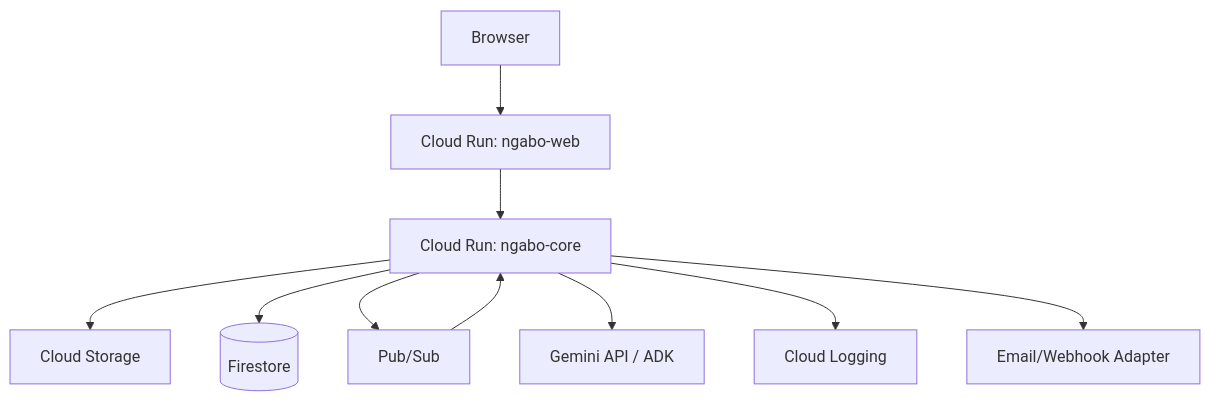
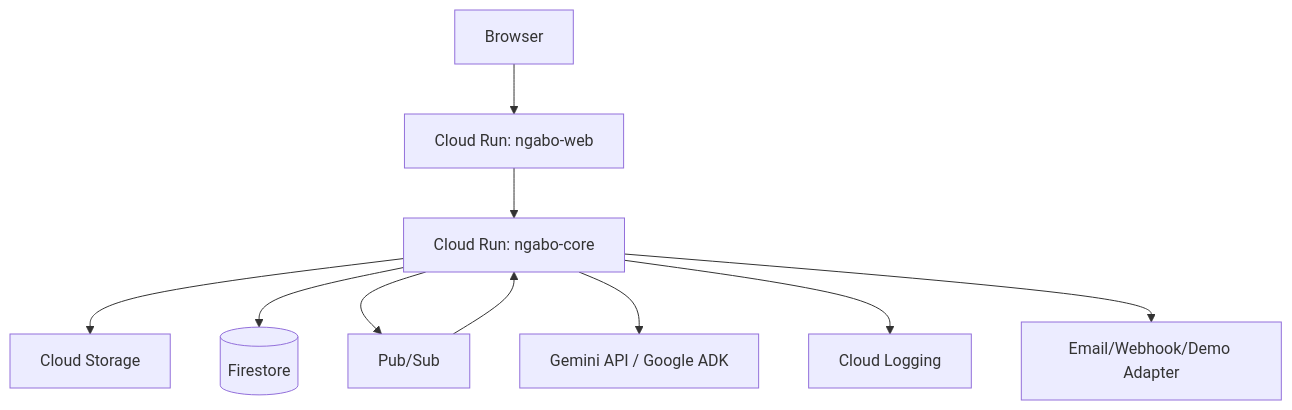
One commit to ronnielutaro/Ngabo-AMR-Surveillance changed the third of 8 diagrams in docs/SYSTEM_DESIGN.md. Above: the diagram before and after it, drawn with Mermaid. The commit also changed other lines of this file, not shown here.

Commit message:
docs(architecture): apply clean architecture to system design

````diff
--- a/docs/SYSTEM_DESIGN.md
+++ b/docs/SYSTEM_DESIGN.md
@@ -43,12 +125,12 @@
 ```mermaid
 flowchart TD
     Browser --> Web[Cloud Run: ngabo-web]
     Web --> Core[Cloud Run: ngabo-core]
     Core --> GCS[Cloud Storage]
     Core --> DB[(Firestore)]
     Core --> PS[Pub/Sub]
     PS --> Core
-    Core --> Gemini[Gemini API / ADK]
+    Core --> Gemini[Gemini API / Google ADK]
     Core --> Logs[Cloud Logging]
-    Core --> Notify[Email/Webhook Adapter]
+    Core --> Notify[Email/Webhook/Demo Adapter]
 ```
````
